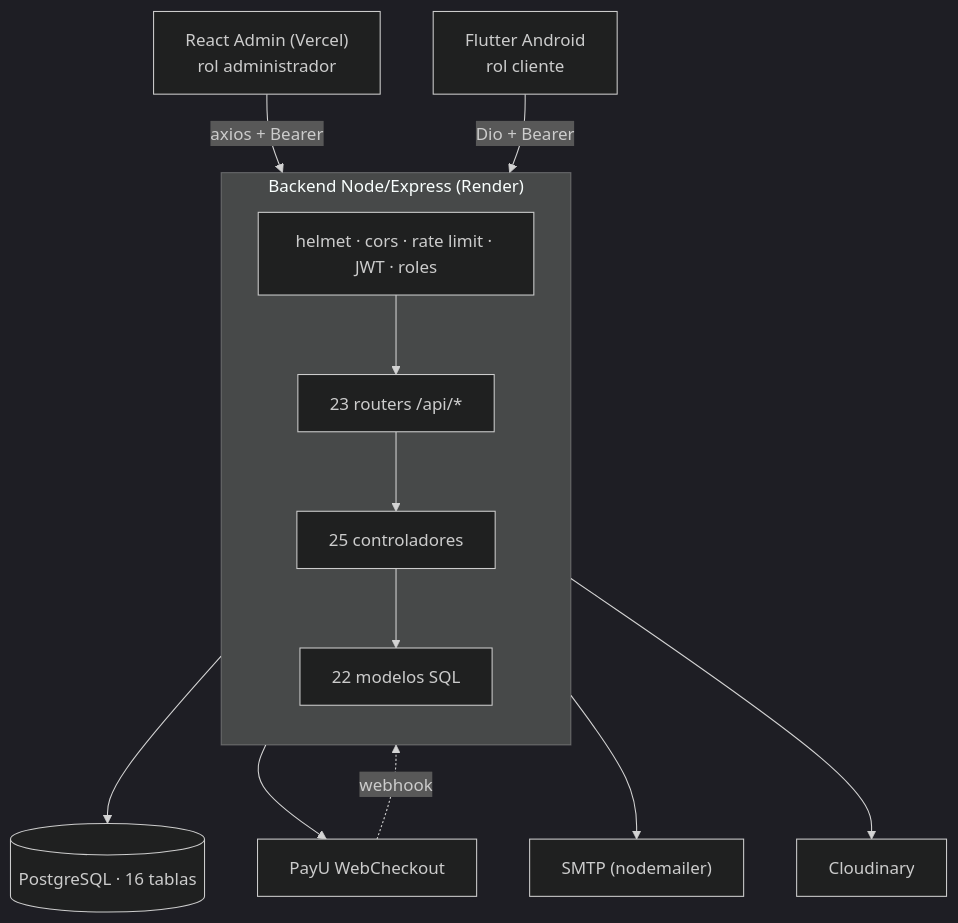
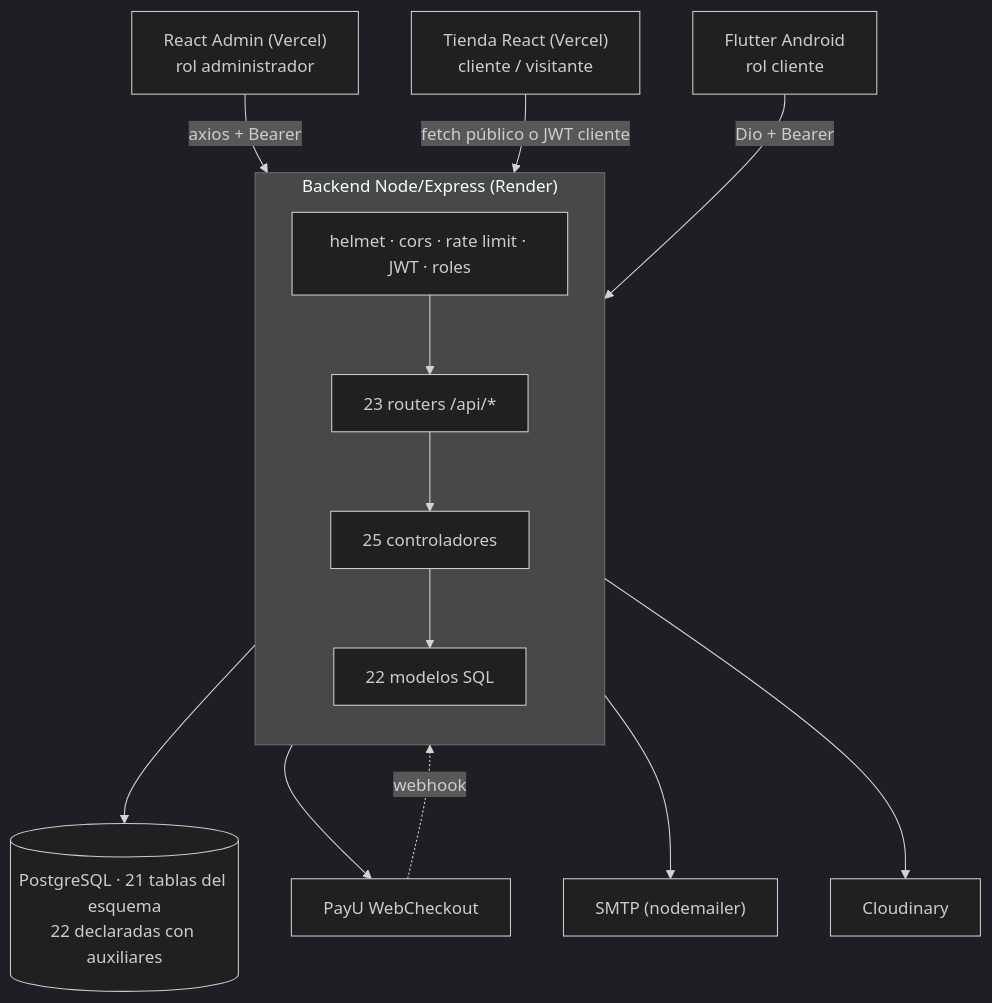
The diagram in docs/architecture/graphs/general-architecture.mmd (jimenezvegaedinson7-dot/librer-a), drawn with Mermaid (dark theme) before and after one commit. The commit also changed 79 other files, not shown here.

```diff
--- a/docs/architecture/graphs/general-architecture.mmd
+++ b/docs/architecture/graphs/general-architecture.mmd
@@ -1,19 +1,20 @@
-%% Generado 2026-10-09 desde el código real (actualizar-mapa.mjs)
+%% Generado 2026-10-12 desde el código real (actualizar-mapa.mjs)
 flowchart TB
-    DB[("PostgreSQL · 16 tablas")]
+    DB[("PostgreSQL · 21 tablas del esquema<br/>22 declaradas con auxiliares")]
     subgraph API["Backend Node/Express (Render)"]
         direction TB
         MW["helmet · cors · rate limit · JWT · roles"]
         R["23 routers /api/*"]
         C["25 controladores"]
         M["22 modelos SQL"]
         MW --> R --> C --> M
     end
     M --> DB
     EXT1["PayU WebCheckout"]
     EXT2["SMTP (nodemailer)"]
     EXT3["Cloudinary"]
     C --> EXT1 & EXT2 & EXT3
     EXT1 -. webhook .-> R
     REACT["React Admin (Vercel)<br/>rol administrador"] -->|"axios + Bearer"| MW
+    TIENDA["Tienda React (Vercel)<br/>cliente / visitante"] -->|"fetch público o JWT cliente"| MW
     FLUTTER["Flutter Android<br/>rol cliente"] -->|"Dio + Bearer"| MW
```
